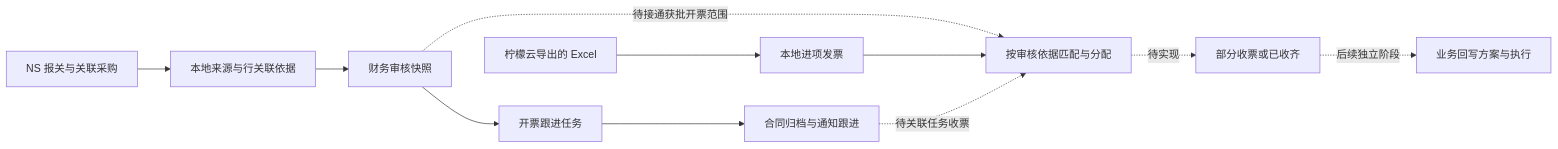
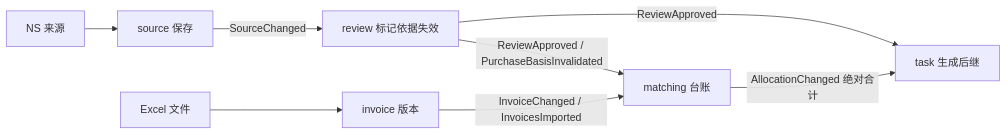
The diagram in docs/system-chain.md (chen151393-pixel/financial-Invoice-system), drawn with Mermaid before and after one commit. The commit also changed other lines of this file and 416 other files, not shown here.

````diff
--- a/docs/system-chain.md
+++ b/docs/system-chain.md
@@ -15,13 +16,10 @@
 ```mermaid
 flowchart LR
-    A[NS 报关与关联采购] --> B[本地来源与行关联依据]
-    B --> C[财务审核快照]
-    C --> D[开票跟进任务]
-    D --> E[合同归档与通知跟进]
-    C -. 待接通获批开票范围 .-> H[按审核依据匹配与分配]
-    F[柠檬云导出的 Excel] --> G[本地进项发票]
-    G --> H
-    E -. 待关联任务收票 .-> H
-    H -. 待实现 .-> I[部分收票或已收齐]
-    I -. 后续独立阶段 .-> J[业务回写方案与执行]
+  NS[NS 来源] --> S[source 保存]
+  S -->|SourceChanged| R[review 标记依据失效]
+  R -->|ReviewApproved| T[task 生成后继]
+  R -->|ReviewApproved / PurchaseBasisInvalidated| M[matching 台账]
+  E[Excel 文件] --> I[invoice 版本]
+  I -->|InvoiceChanged / InvoicesImported| M
+  M -->|AllocationChanged 绝对合计| T
 ```
````
